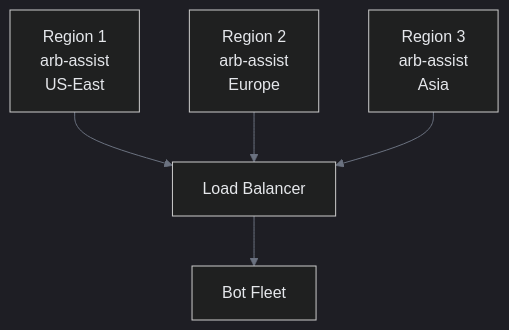
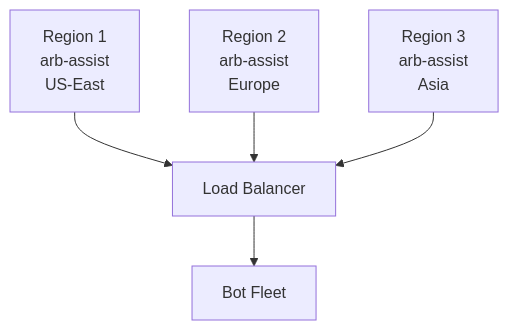
One commit to capicua4454/arb-assist changed the diagram in docs/advanced-features/performance.md. Above: the diagram before and after it, drawn with Mermaid. The commit also changed 2 other files, not shown here.

Commit message:
simple mermaid blocks

````diff
--- a/docs/advanced-features/performance.md
+++ b/docs/advanced-features/performance.md
@@ -387,14 +387,13 @@
 ```mermaid
-%%{ init: { 'theme': 'dark', 'themeVariables': { 'background': '#1e1e1e', 'primaryColor': '#374151', 'primaryTextColor': '#e5e7eb', 'primaryBorderColor': '#6b7280', 'lineColor': '#6b7280', 'secondaryColor': '#1f2937', 'tertiaryColor': '#111827', 'textColor': '#e5e7eb' } } }%%
 graph TD
     R1[Region 1<br/>arb-assist<br/>US-East]
     R2[Region 2<br/>arb-assist<br/>Europe]
     R3[Region 3<br/>arb-assist<br/>Asia]
     LB[Load Balancer]
     BF[Bot Fleet]
     
     R1 --> LB
     R2 --> LB
     R3 --> LB
     LB --> BF
 ```
````
